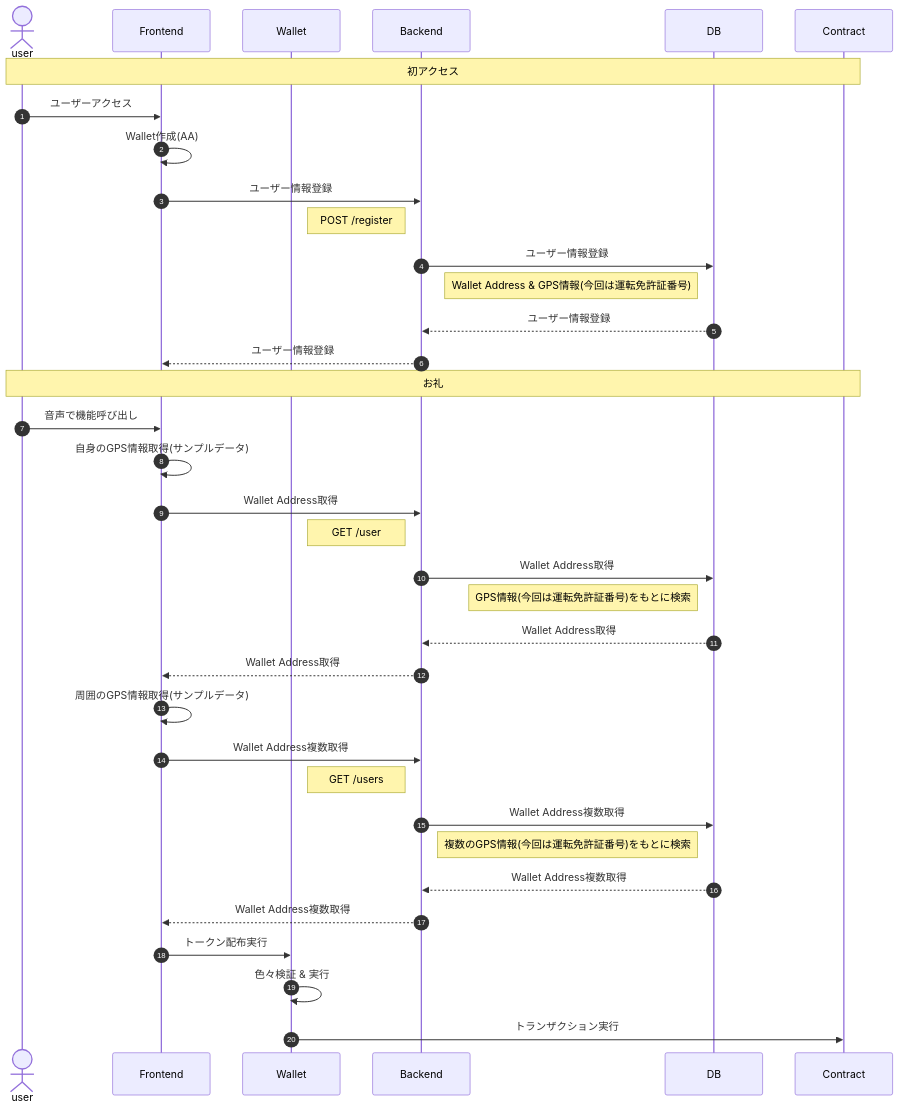
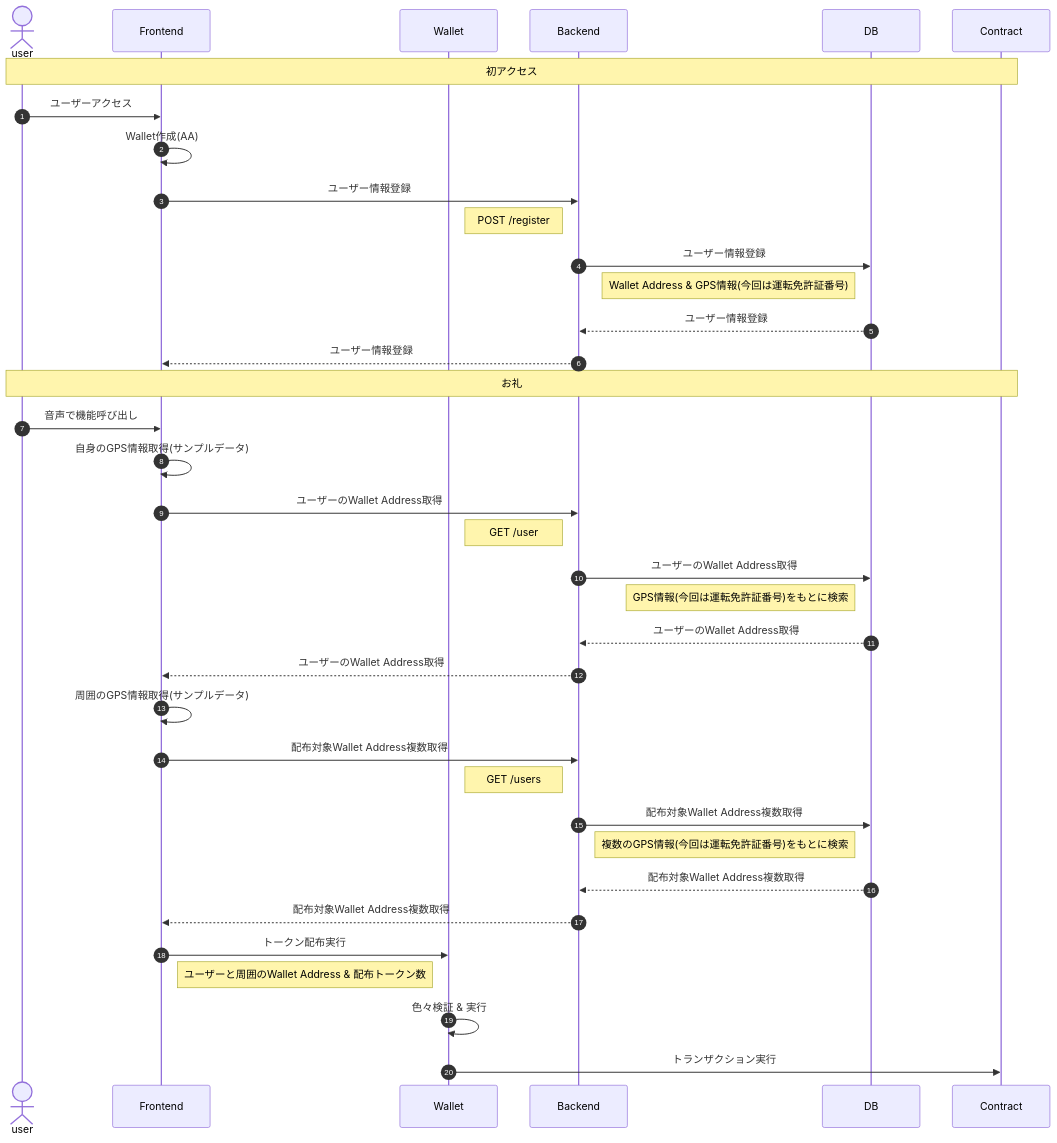
The diagram in docs/sequence/flow.md (ponponnsan/key3_hackathon_drive), drawn with Mermaid before and after one commit.

Commit message:
#7 🚀 modify sequence diagram

````diff
--- a/docs/sequence/flow.md
+++ b/docs/sequence/flow.md
@@ -5,42 +5,43 @@
 ```mermaid
 sequenceDiagram
     autonumber
 
     actor user
     participant frontend as Frontend
     participant wallet as Wallet
     participant backend as Backend
     participant db as DB
     participant contract as Contract
 
     Note over user,contract: 初アクセス
     user ->> frontend: ユーザーアクセス
     frontend ->> frontend: Wallet作成(AA)
     frontend ->> backend: ユーザー情報登録
     Note left of backend: POST /register
     backend ->> db: ユーザー情報登録
     Note left of db: Wallet Address & GPS情報(今回は運転免許証番号)
     db -->> backend: ユーザー情報登録
     backend -->> frontend: ユーザー情報登録
 
     Note over user,contract: お礼
     user ->> frontend: 音声で機能呼び出し
     frontend ->> frontend: 自身のGPS情報取得(サンプルデータ)
-    frontend ->> backend: Wallet Address取得
+    frontend ->> backend: ユーザーのWallet Address取得
     Note left of backend: GET /user
-    backend ->> db: Wallet Address取得
+    backend ->> db: ユーザーのWallet Address取得
     Note left of db: GPS情報(今回は運転免許証番号)をもとに検索
-    db -->> backend: Wallet Address取得
-    backend -->> frontend: Wallet Address取得
+    db -->> backend: ユーザーのWallet Address取得
+    backend -->> frontend: ユーザーのWallet Address取得
     frontend ->> frontend: 周囲のGPS情報取得(サンプルデータ)
-    frontend ->> backend: Wallet Address複数取得
+    frontend ->> backend: 配布対象Wallet Address複数取得
     Note left of backend: GET /users
-    backend ->> db: Wallet Address複数取得
+    backend ->> db:  配布対象Wallet Address複数取得
     Note left of db: 複数のGPS情報(今回は運転免許証番号)をもとに検索
-    db -->> backend: Wallet Address複数取得
-    backend -->> frontend: Wallet Address複数取得
+    db -->> backend:  配布対象Wallet Address複数取得
+    backend -->> frontend:  配布対象Wallet Address複数取得
 
     frontend ->> wallet: トークン配布実行
+    Note left of wallet: ユーザーと周囲のWallet Address & 配布トークン数
     wallet ->> wallet: 色々検証 & 実行
     wallet ->> contract: トランザクション実行
 ```
````
